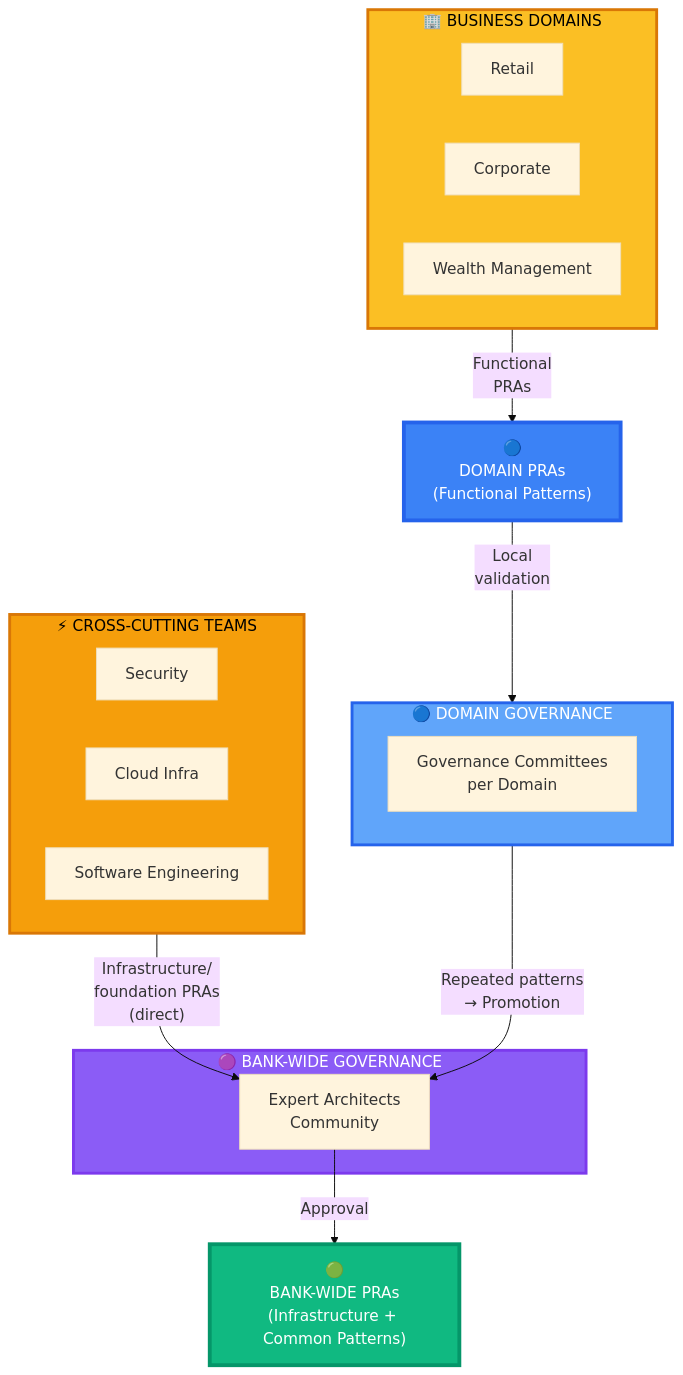
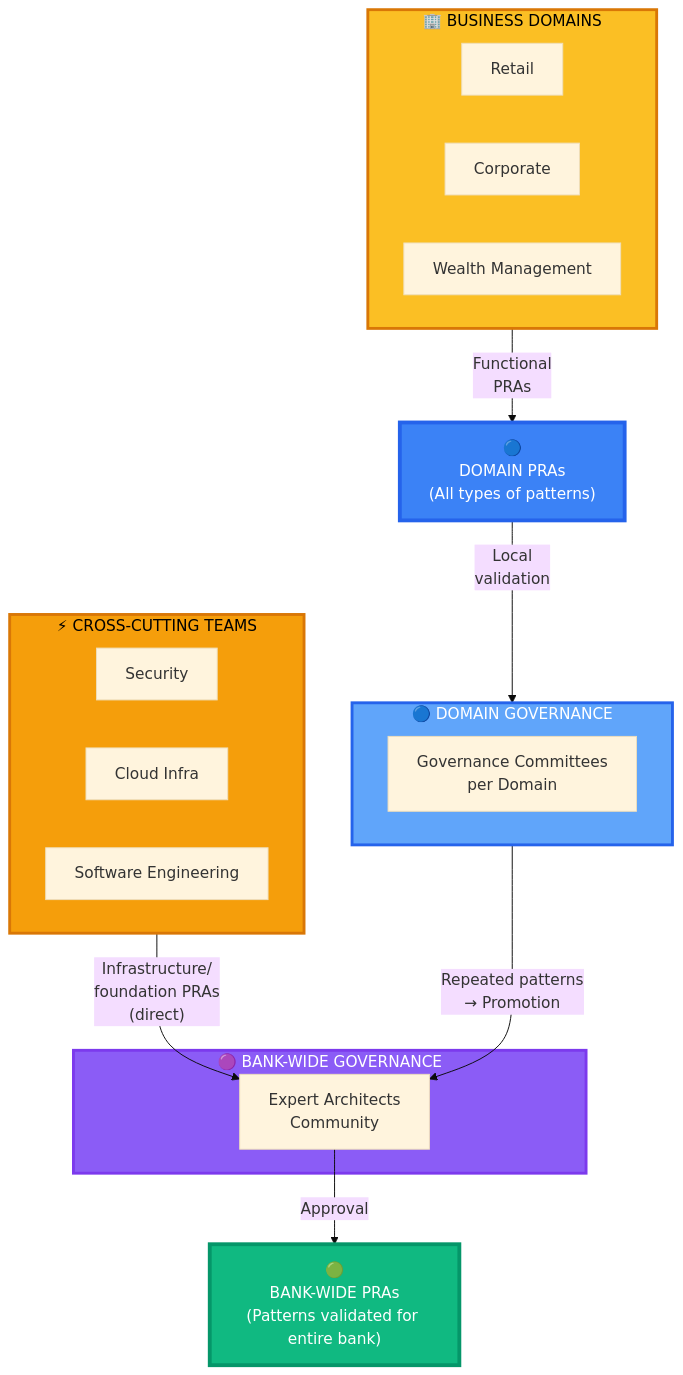
One commit to KiyaliHQ/proven-reusable-architecture changed the first of 2 diagrams in site/content/en/registre/index.md. Above: the diagram before and after it, drawn with Mermaid. The commit also changed other lines of this file and 1 other file, not shown here.

First line of the commit message:
docs: clarify pragmatic reality - domains create ALL types of PRAs

````diff
--- a/site/content/en/registre/index.md
+++ b/site/content/en/registre/index.md
@@ -18,39 +18,39 @@
 ```mermaid
 %%{init: {'theme':'base', 'themeVariables': { 'fontSize':'16px'}}}%%
 graph TB
     subgraph TRANS["⚡ CROSS-CUTTING TEAMS"]
         SEC["Security"]
         INFRA["Cloud Infra"]
         SE["Software Engineering"]
     end
 
     subgraph DOMAINS["🏢 BUSINESS DOMAINS"]
         PART["Retail"]
         ENT["Corporate"]
         GP["Wealth Management"]
     end
 
     subgraph GOV_DOM["🔵 DOMAIN GOVERNANCE"]
         GOVD["Governance Committees<br/>per Domain"]
     end
 
     subgraph GOV_BW["🟣 BANK-WIDE GOVERNANCE"]
         GOVB["Expert Architects<br/>Community"]
     end
 
-    DOM["🔵<br/>DOMAIN PRAs<br/>(Functional Patterns)"]
-    BW["🟢<br/>BANK-WIDE PRAs<br/>(Infrastructure + Common Patterns)"]
+    DOM["🔵<br/>DOMAIN PRAs<br/>(All types of patterns)"]
+    BW["🟢<br/>BANK-WIDE PRAs<br/>(Patterns validated for entire bank)"]
 
     TRANS -->|"Infrastructure/<br/>foundation PRAs<br/>(direct)"| GOVB
     DOMAINS -->|"Functional<br/>PRAs"| DOM
     DOM -->|"Local<br/>validation"| GOV_DOM
     GOV_DOM -->|"Repeated patterns<br/>→ Promotion"| GOVB
     GOVB -->|"Approval"| BW
 
     style BW fill:#10b981,stroke:#059669,stroke-width:4px,color:#fff
     style DOM fill:#3b82f6,stroke:#2563eb,stroke-width:4px,color:#fff
     style GOV_BW fill:#8b5cf6,stroke:#7c3aed,stroke-width:3px,color:#fff
     style GOV_DOM fill:#60a5fa,stroke:#2563eb,stroke-width:3px,color:#fff
     style TRANS fill:#f59e0b,stroke:#d97706,stroke-width:3px,color:#000
     style DOMAINS fill:#fbbf24,stroke:#d97706,stroke-width:3px,color:#000
 ```
````
